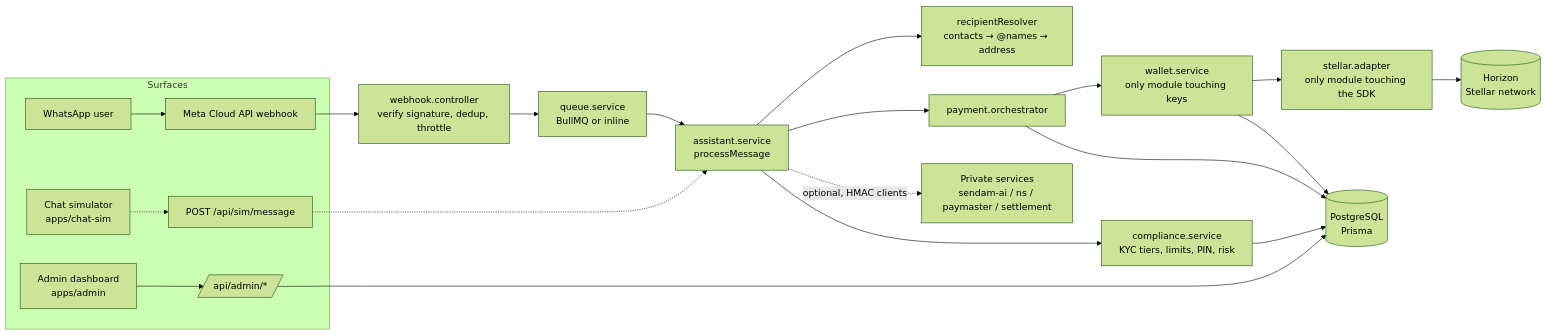
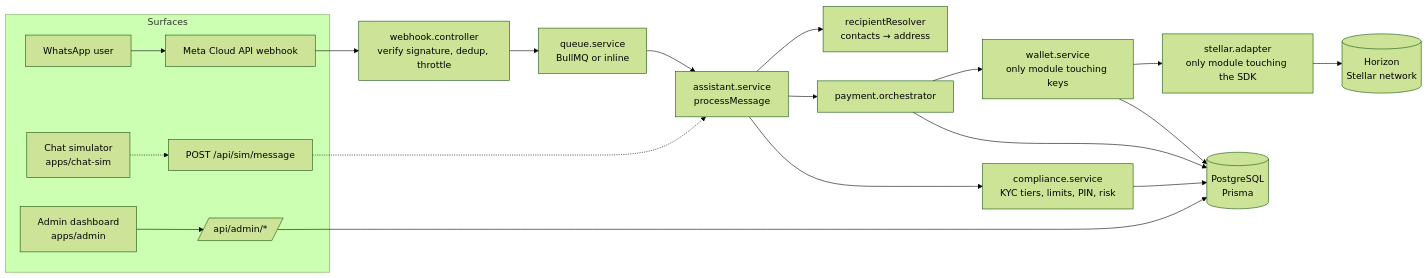
One commit to EF-CHAIN/SendAm changed the diagram in ARCHITECTURE.md. Above: the diagram before and after it, drawn with Mermaid (forest theme). The commit also changed other lines of this file and 26 other files, not shown here.

````diff
--- a/ARCHITECTURE.md
+++ b/ARCHITECTURE.md
@@ -9,28 +9,26 @@
 ```mermaid
 flowchart LR
     subgraph Surfaces
         WA[WhatsApp user] --> META[Meta Cloud API webhook]
         SIM[Chat simulator\napps/chat-sim] -.-> SIMAPI[POST /api/sim/message]
         ADMIN[Admin dashboard\napps/admin] --> ADMINAPI[/api/admin/*/]
     end
 
     META --> WH[webhook.controller\nverify signature, dedup, throttle]
     WH --> Q[queue.service\nBullMQ or inline]
     Q --> AS[assistant.service\nprocessMessage]
     SIMAPI -.-> AS
 
-    AS --> RR[recipientResolver\ncontacts → @names → address]
+    AS --> RR[recipientResolver\ncontacts → address]
     AS --> CP[compliance.service\nKYC tiers, limits, PIN, risk]
     AS --> PO[payment.orchestrator]
 
     PO --> WS[wallet.service\nonly module touching keys]
     WS --> SA[stellar.adapter\nonly module touching the SDK]
     SA --> HZ[(Horizon\nStellar network)]
 
     WS --> DB[(PostgreSQL\nPrisma)]
     PO --> DB
     CP --> DB
     ADMINAPI --> DB
-
-    AS -.optional, HMAC clients.-> PRIV[Private services\nsendam-ai / ns / paymaster / settlement]
 ```
````
